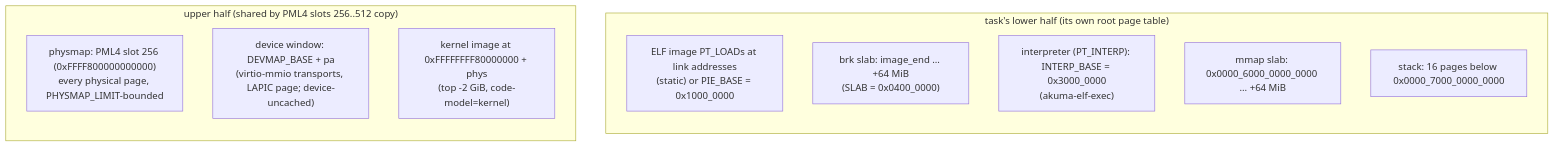
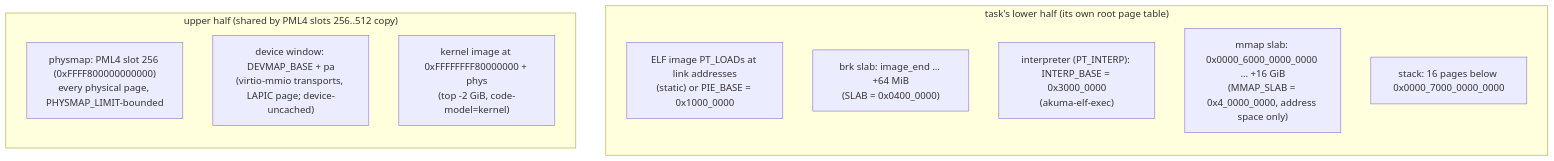
Before and after one commit to netoneko/akuma: the diagram in taoxichuan/docs/diagrams/memory-map.md, drawn with Mermaid. The commit also changed 4 other files, not shown here.

````diff
--- a/taoxichuan/docs/diagrams/memory-map.md
+++ b/taoxichuan/docs/diagrams/memory-map.md
@@ -5,15 +5,15 @@
 ```mermaid
 flowchart BT
     subgraph user["task's lower half (its own root page table)"]
         U1["ELF image PT_LOADs at link addresses<br/>(static) or PIE_BASE = 0x1000_0000"]
         U2["brk slab: image_end … +64 MiB<br/>(SLAB = 0x0400_0000)"]
         U3["interpreter (PT_INTERP): INTERP_BASE = 0x3000_0000<br/>(akuma-elf-exec)"]
-        U4["mmap slab: 0x0000_6000_0000_0000 … +64 MiB"]
+        U4["mmap slab: 0x0000_6000_0000_0000 … +16 GiB<br/>(MMAP_SLAB = 0x4_0000_0000, address space only)"]
         U5["stack: 16 pages below 0x0000_7000_0000_0000"]
     end
     subgraph kernel["upper half (shared by PML4 slots 256..512 copy)"]
         K1["physmap: PML4 slot 256 (0xFFFF800000000000)<br/>every physical page, PHYSMAP_LIMIT-bounded"]
         K2["device window: DEVMAP_BASE + pa<br/>(virtio-mmio transports, LAPIC page; device-uncached)"]
         K3["kernel image at 0xFFFFFFFF80000000 + phys<br/>(top -2 GiB, code-model=kernel)"]
     end
 ```
````
